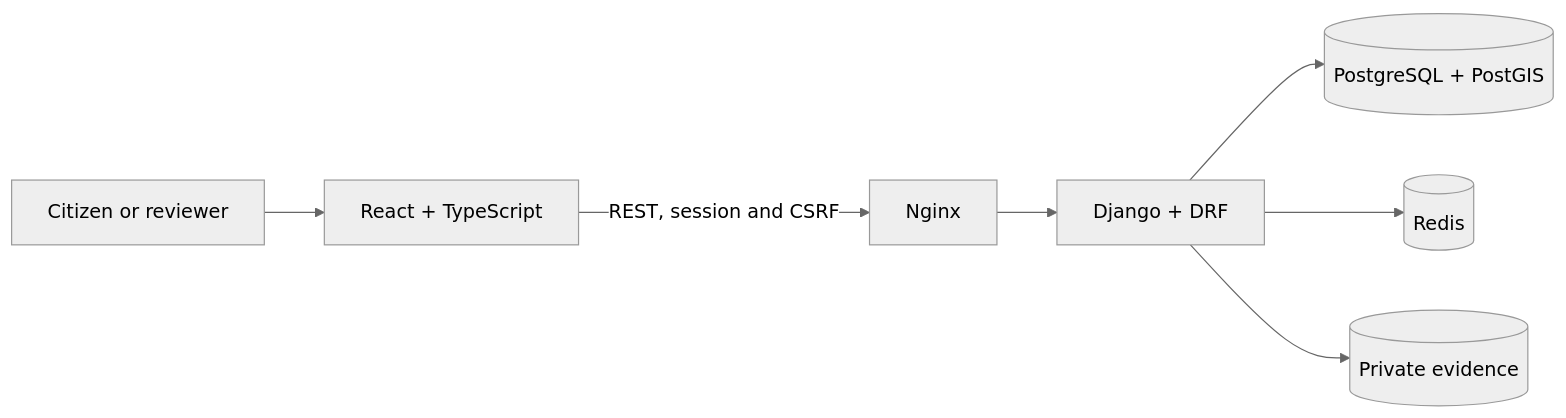
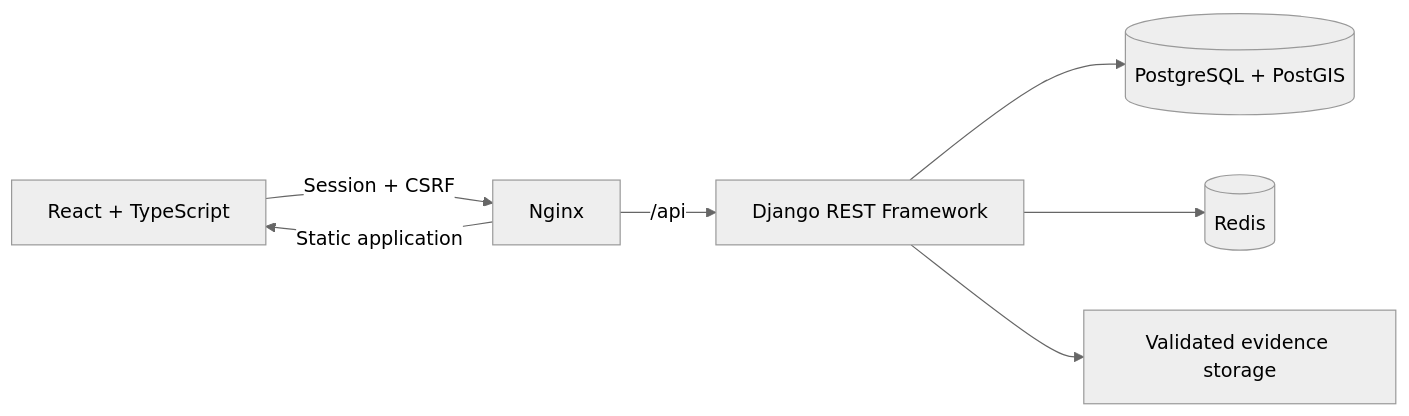
Before and after one commit to ricardoportoIE/gda-environmental-reporting-platform: the diagram in README.md, drawn with Mermaid (neutral theme). The commit also changed other lines of this file, not shown here.

````diff
--- a/README.md
+++ b/README.md
@@ -43,9 +48,9 @@
 ```mermaid
 flowchart LR
-    Person[Citizen or reviewer] --> Web[React + TypeScript]
-    Web -->|REST, session and CSRF| Proxy[Nginx]
-    Proxy --> API[Django + DRF]
+    Browser[React + TypeScript] -->|Session + CSRF| Proxy[Nginx]
+    Proxy -->|/api| API[Django REST Framework]
+    Proxy -->|Static application| Browser
     API --> DB[(PostgreSQL + PostGIS)]
     API --> Cache[(Redis)]
-    API --> Files[(Private evidence)]
+    API --> Media[Validated evidence storage]
 ```
````
